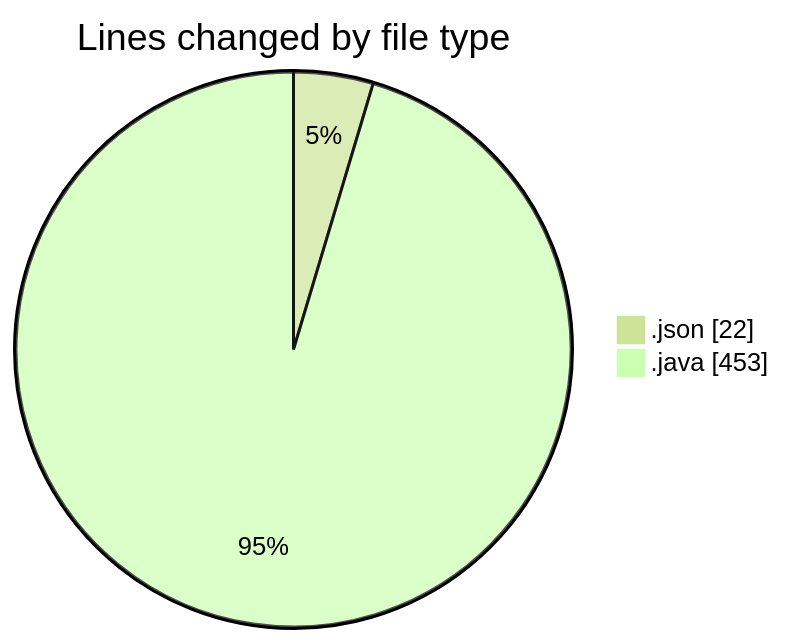
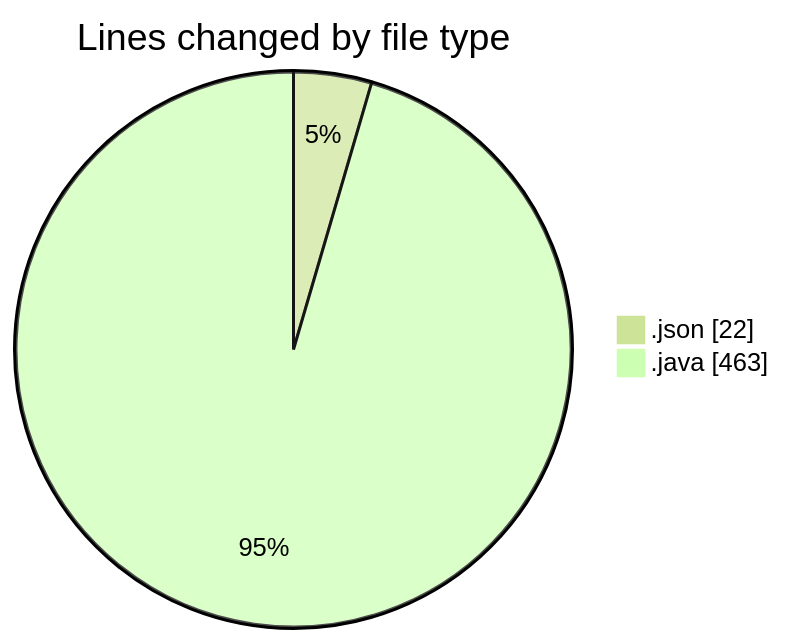
Before and after one commit to charlie-sans/code-tracking: the first of 2 diagrams in 2025-02-23/codepack/README.md, drawn with Mermaid (forest theme). The commit also changed other lines of this file and 1 other file, not shown here.

````diff
--- a/2025-02-23/codepack/README.md
+++ b/2025-02-23/codepack/README.md
@@ -21,6 +21,6 @@
 ```mermaid
 pie showData
 title Lines changed by file type
 ".json" : 22
-".java" : 453
+".java" : 463
 ```
````
